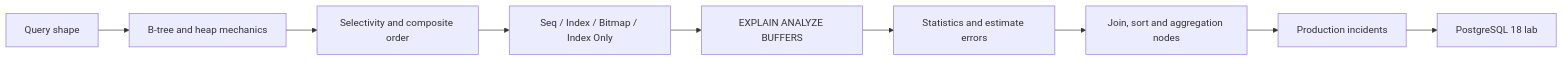
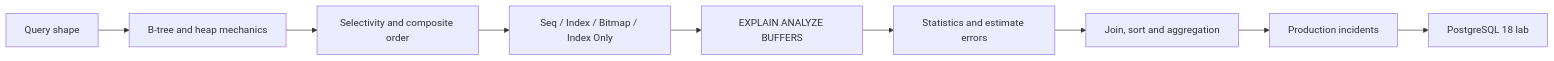
The diagram in 30_CERTIFICATIONS/Databases/DB-B01/DB-B01 Roadmap.md (alimbetov/obsidian), drawn with Mermaid before and after one commit. The commit also changed other lines of this file, not shown here.

````diff
--- a/30_CERTIFICATIONS/Databases/DB-B01/DB-B01 Roadmap.md
+++ b/30_CERTIFICATIONS/Databases/DB-B01/DB-B01 Roadmap.md
@@ -36,11 +44,11 @@
 ```mermaid
 flowchart LR
     SHAPE["Query shape"] --> BTREE["B-tree and heap mechanics"]
     BTREE --> SELECT["Selectivity and composite order"]
     SELECT --> ACCESS["Seq / Index / Bitmap / Index Only"]
     ACCESS --> PLAN["EXPLAIN ANALYZE BUFFERS"]
     PLAN --> EST["Statistics and estimate errors"]
-    EST --> JOIN["Join, sort and aggregation nodes"]
+    EST --> JOIN["Join, sort and aggregation"]
     JOIN --> CASES["Production incidents"]
     CASES --> LAB["PostgreSQL 18 lab"]
 ```
````
